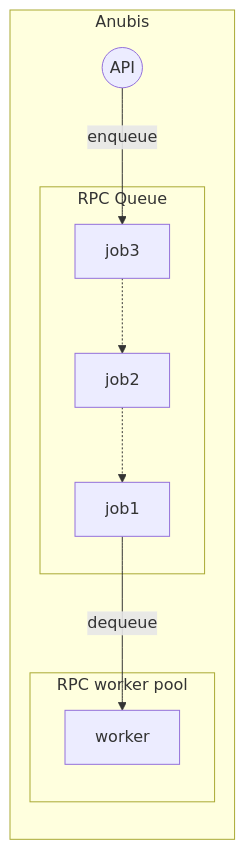
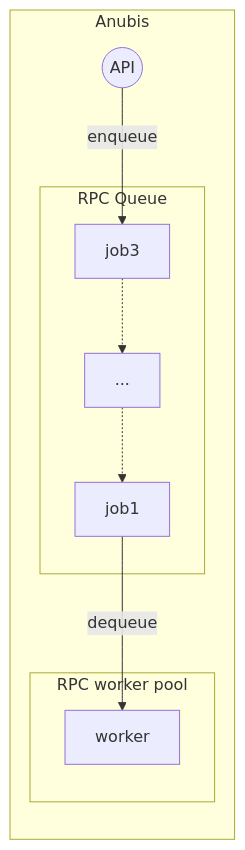
Before and after one commit to AnubisLMS/Anubis: the diagram in docs/mermaid/rpc-queue-1.mmd, drawn with Mermaid. The commit also changed 14 other files, not shown here.

```diff
--- a/docs/mermaid/rpc-queue-1.mmd
+++ b/docs/mermaid/rpc-queue-1.mmd
@@ -1,17 +1,17 @@
 graph LR
     subgraph Anubis
 
     api((API))
 
     subgraph RPC Queue
-    job3 -.-> job2 -.-> job1
+    job3 -.-> job2[...] -.-> job1
     end
 
     subgraph RPC worker pool
     worker
     end
 
     api -->|enqueue| job3
     job1 -->|dequeue| worker
 
     end
```
